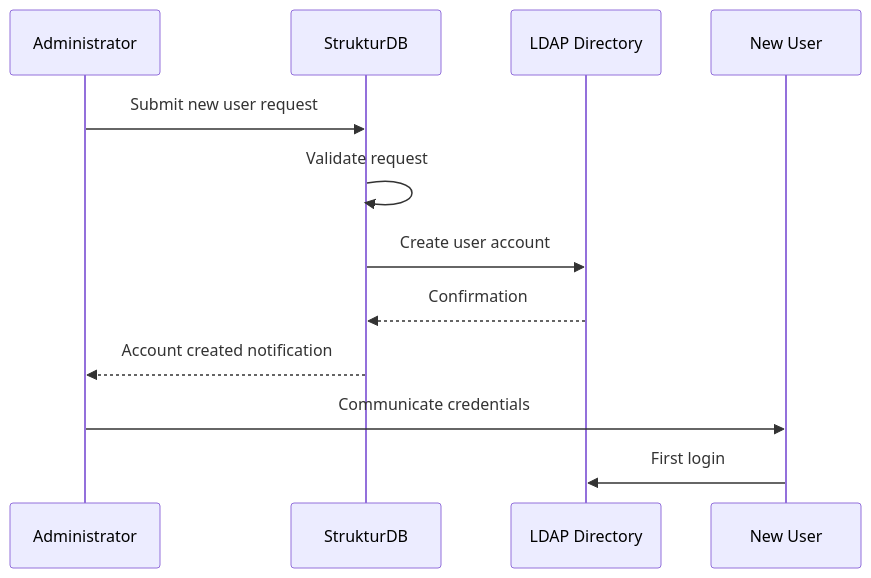
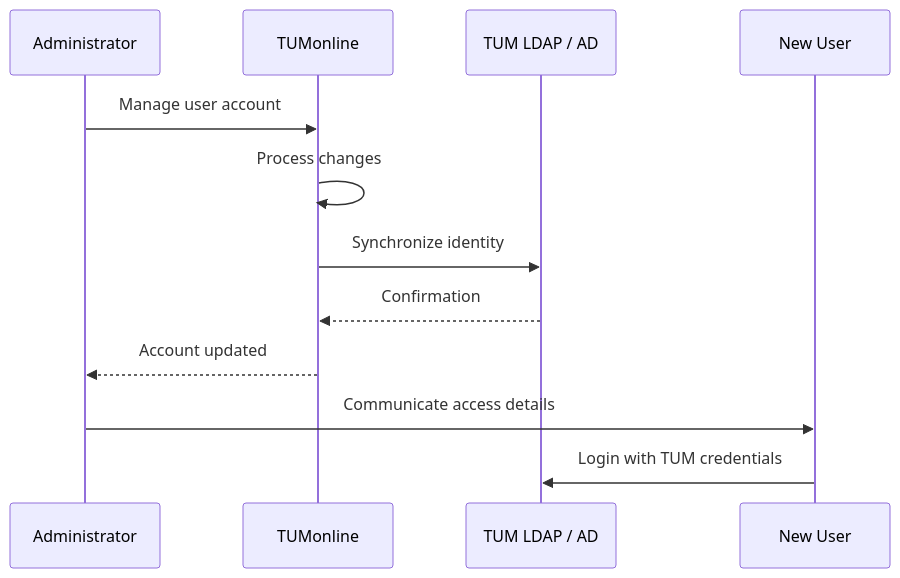
One commit to jtimo/tum-ito-admin-guide changed the second of 6 diagrams in en/chapters/03-user-management.qmd. Above: the diagram before and after it, drawn with Mermaid. The commit also changed other lines of this file and 21 other files, not shown here.

````diff
--- a/en/chapters/03-user-management.qmd
+++ b/en/chapters/03-user-management.qmd
@@ -46,16 +43,16 @@
 ```{mermaid}
-%%| fig-cap: "New User Request Process"
+%%| fig-cap: "User Account Lifecycle"
 sequenceDiagram
     participant Admin as Administrator
-    participant SDB as StrukturDB
-    participant LDAP as LDAP Directory
+    participant TUMo as TUMonline
+    participant LDAP as TUM LDAP / AD
     participant User as New User
 
-    Admin->>SDB: Submit new user request
-    SDB->>SDB: Validate request
-    SDB->>LDAP: Create user account
-    LDAP-->>SDB: Confirmation
-    SDB-->>Admin: Account created notification
-    Admin->>User: Communicate credentials
-    User->>LDAP: First login
+    Admin->>TUMo: Manage user account
+    TUMo->>TUMo: Process changes
+    TUMo->>LDAP: Synchronize identity
+    LDAP-->>TUMo: Confirmation
+    TUMo-->>Admin: Account updated
+    Admin->>User: Communicate access details
+    User->>LDAP: Login with TUM credentials
 ```
````
